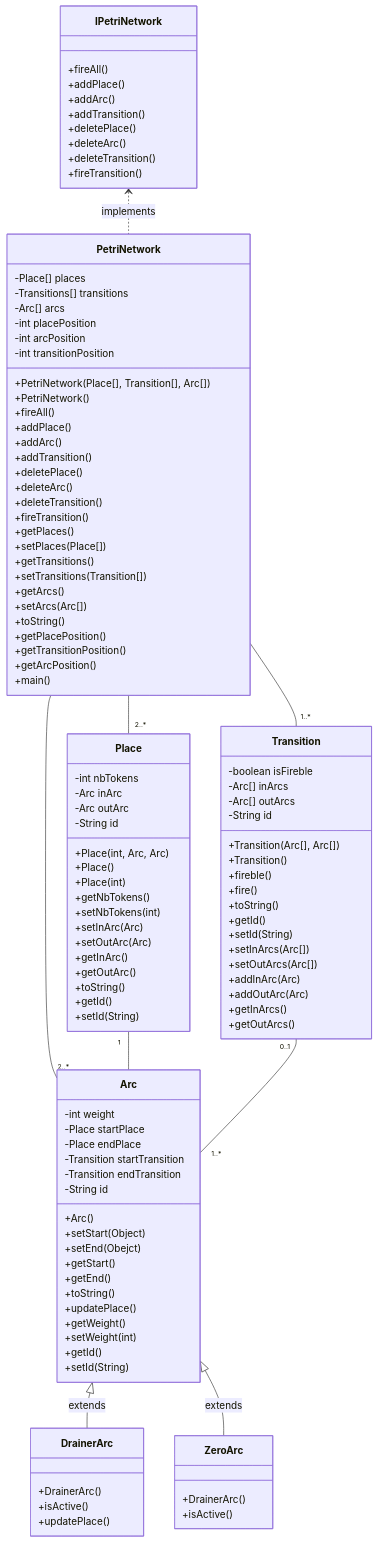
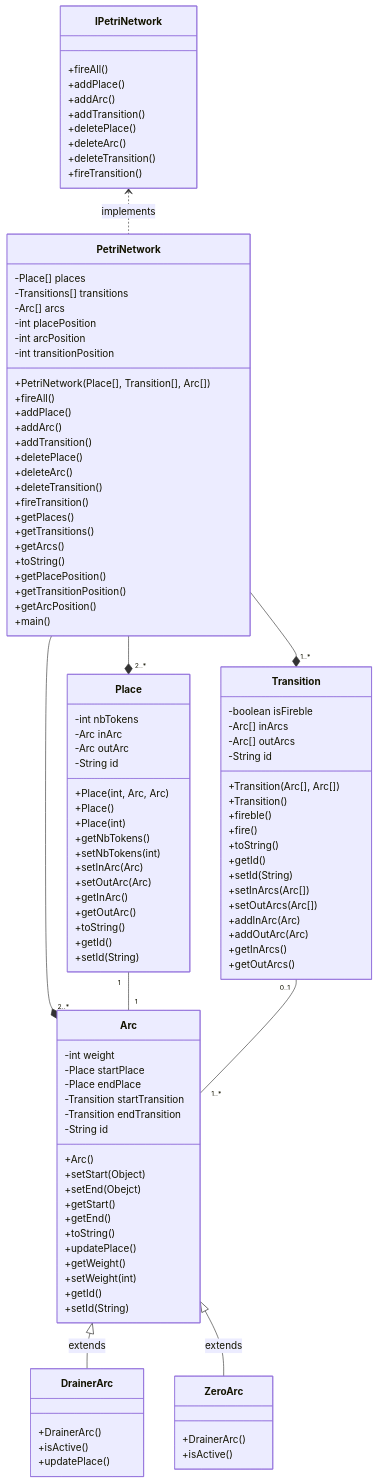
The first of 6 diagrams in UML.md (JannCamilo/PetriNet), drawn with Mermaid before and after one commit. The commit also changed other lines of this file and 8 other files, not shown here.

```diff
--- a/UML.md
+++ b/UML.md
@@ -7,11 +7,11 @@
 classDiagram
 
    IPetriNetwork <.. PetriNetwork : implements
-   PetriNetwork -- "2..*" Arc
-   PetriNetwork -- "2..*" Place
-   PetriNetwork -- "1..*" Transition
+   PetriNetwork --* "2..*" Arc
+   PetriNetwork --* "2..*" Place
+   PetriNetwork --* "1..*" Transition
 
-   Place "1" -- Arc
+   Place "1" -- "1" Arc
    Transition "0..1" -- "1..*" Arc
 
    Arc <|-- DrainerArc : extends
@@ -35,7 +35,6 @@
         -int arcPosition
         -int transitionPosition
         +PetriNetwork(Place[], Transition[], Arc[])
-        +PetriNetwork()
         +fireAll()
         +addPlace()
         +addArc()
@@ -45,11 +44,8 @@
         +deleteTransition()
         +fireTransition()
         +getPlaces()
-        +setPlaces(Place[])
         +getTransitions()
-        +setTransitions(Transition[])
         +getArcs()
-        +setArcs(Arc[])
         +toString()
         +getPlacePosition()
         +getTransitionPosition()
```
